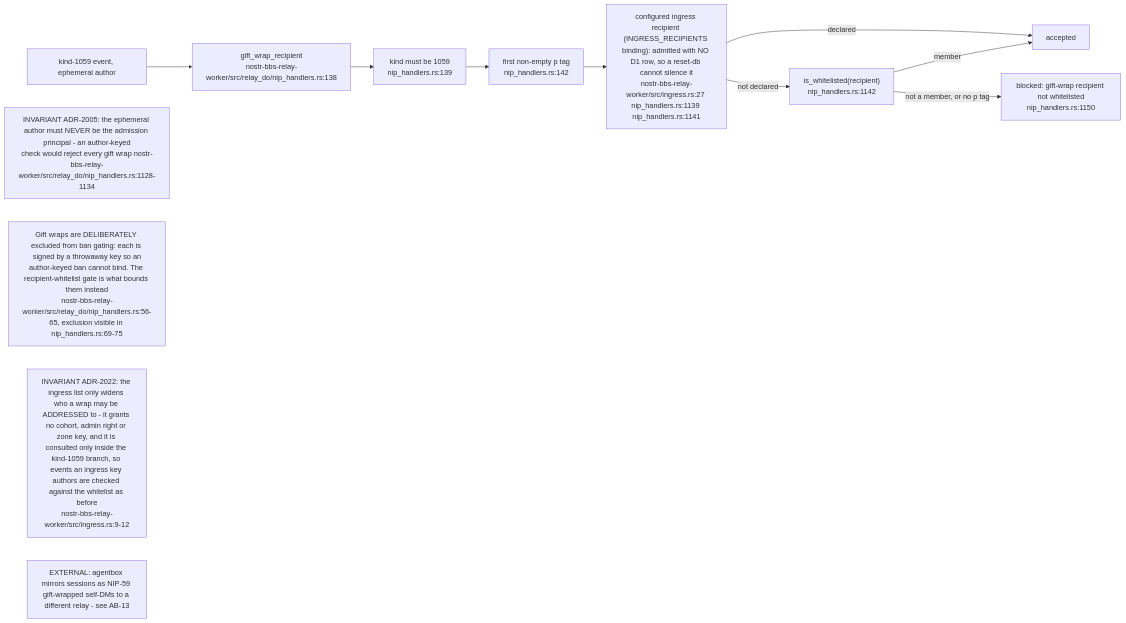
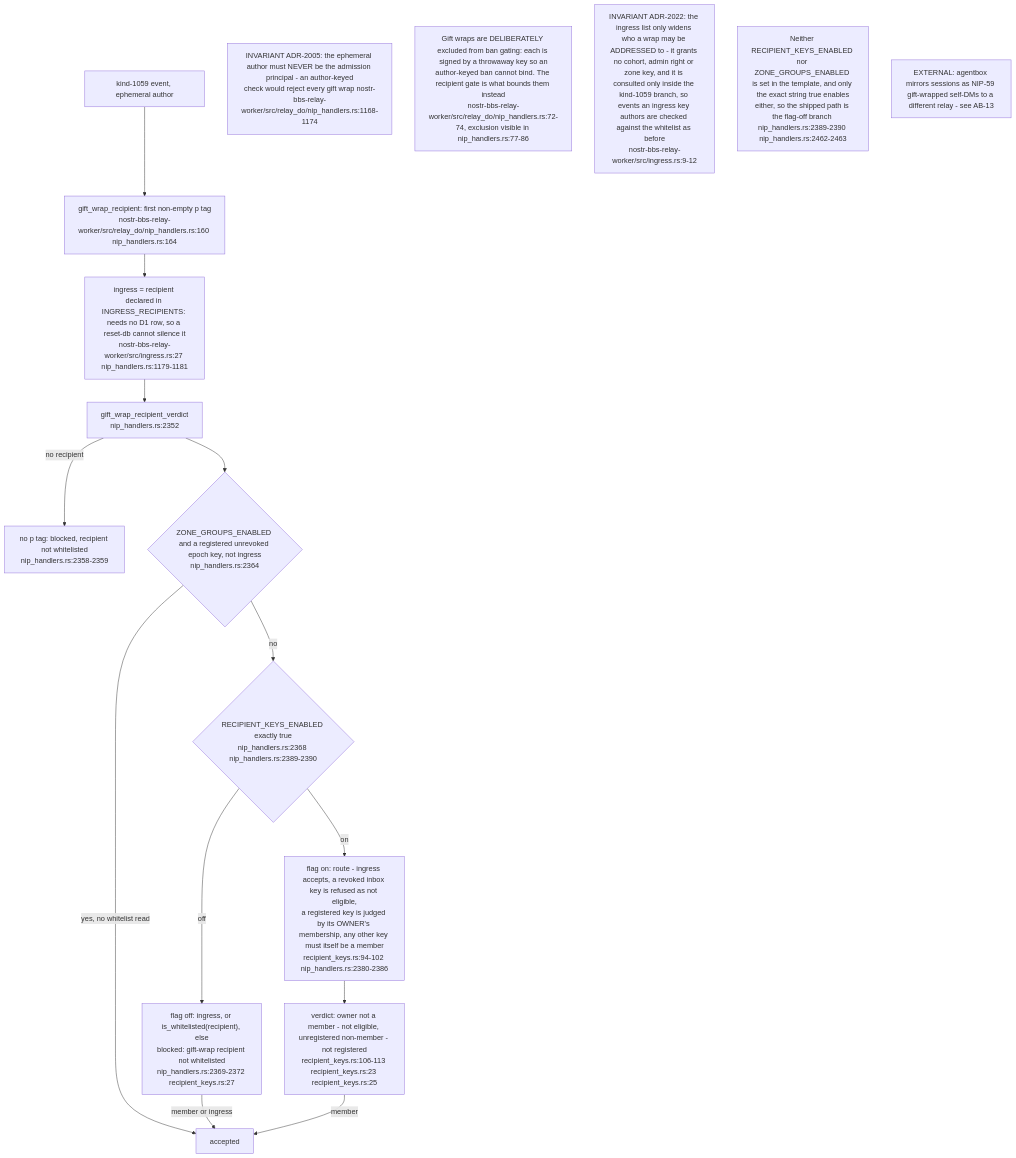
One commit to DreamLab-AI/VisionFlow changed the fifth of 16 diagrams in docs/diagrams/nostr-rust-forum/03-relay-worker-admission-auth-and-trust.md. Above: the diagram before and after it, drawn with Mermaid. The commit also changed other lines of this file, not shown here.

First line of the commit message:
docs(diagrams): re-verify NF-03 against nostr-rust-forum af4f0d5

````diff
--- a/docs/diagrams/nostr-rust-forum/03-relay-worker-admission-auth-and-trust.md
+++ b/docs/diagrams/nostr-rust-forum/03-relay-worker-admission-auth-and-trust.md
@@ -158,22 +168,30 @@
 ```mermaid
-flowchart LR
+flowchart TB
     EV["kind-1059 event, ephemeral author"]
-    EX["gift_wrap_recipient<br/>nostr-bbs-relay-worker/src/relay_do/nip_handlers.rs:138"]
-    K["kind must be 1059<br/>nip_handlers.rs:139"]
-    T["first non-empty p tag<br/>nip_handlers.rs:142"]
-    ING["configured ingress recipient (INGRESS_RECIPIENTS binding): admitted with NO D1 row, so a reset-db cannot silence it<br/>nostr-bbs-relay-worker/src/ingress.rs:27 nip_handlers.rs:1139 nip_handlers.rs:1141"]
-    WL["is_whitelisted(recipient)<br/>nip_handlers.rs:1142"]
+    EX["gift_wrap_recipient: first non-empty p tag<br/>nostr-bbs-relay-worker/src/relay_do/nip_handlers.rs:160 nip_handlers.rs:164"]
+    ING["ingress = recipient declared in INGRESS_RECIPIENTS: needs no D1 row, so a reset-db cannot silence it<br/>nostr-bbs-relay-worker/src/ingress.rs:27 nip_handlers.rs:1179-1181"]
+    V["gift_wrap_recipient_verdict<br/>nip_handlers.rs:2352"]
+    NOP["no p tag: blocked, recipient not whitelisted<br/>nip_handlers.rs:2358-2359"]
+    EPO{"ZONE_GROUPS_ENABLED and a registered unrevoked epoch key, not ingress<br/>nip_handlers.rs:2364"}
+    RK{"RECIPIENT_KEYS_ENABLED exactly true<br/>nip_handlers.rs:2368 nip_handlers.rs:2389-2390"}
+    OFF["flag off: ingress, or is_whitelisted(recipient), else<br/>blocked: gift-wrap recipient not whitelisted<br/>nip_handlers.rs:2369-2372 recipient_keys.rs:27"]
+    ROUTE["flag on: route - ingress accepts, a revoked inbox key is refused as not eligible,<br/>a registered key is judged by its OWNER's membership, any other key must itself be a member<br/>recipient_keys.rs:94-102 nip_handlers.rs:2380-2386"]
+    VER["verdict: owner not a member - not eligible, unregistered non-member - not registered<br/>recipient_keys.rs:106-113 recipient_keys.rs:23 recipient_keys.rs:25"]
     OK["accepted"]
-    NO["blocked: gift-wrap recipient not whitelisted<br/>nip_handlers.rs:1150"]
 
-    EV --> EX --> K --> T --> ING
-    ING -->|"declared"| OK
-    ING -->|"not declared"| WL
-    WL -->|"member"| OK
-    WL -->|"not a member, or no p tag"| NO
+    EV --> EX --> ING --> V
+    V -->|"no recipient"| NOP
+    V --> EPO
+    EPO -->|"yes, no whitelist read"| OK
+    EPO -->|"no"| RK
+    RK -->|"off"| OFF
+    RK -->|"on"| ROUTE --> VER
+    OFF -->|"member or ingress"| OK
+    VER -->|"member"| OK
 
-    N1["INVARIANT ADR-2005: the ephemeral author must NEVER be the admission principal - an author-keyed<br/>check would reject every gift wrap nostr-bbs-relay-worker/src/relay_do/nip_handlers.rs:1128-1134"]
-    N2["Gift wraps are DELIBERATELY excluded from ban gating: each is signed by a throwaway key so an<br/>author-keyed ban cannot bind. The recipient-whitelist gate is what bounds them instead<br/>nostr-bbs-relay-worker/src/relay_do/nip_handlers.rs:56-65, exclusion visible in nip_handlers.rs:69-75"]
+    N1["INVARIANT ADR-2005: the ephemeral author must NEVER be the admission principal - an author-keyed<br/>check would reject every gift wrap nostr-bbs-relay-worker/src/relay_do/nip_handlers.rs:1168-1174"]
+    N2["Gift wraps are DELIBERATELY excluded from ban gating: each is signed by a throwaway key so an<br/>author-keyed ban cannot bind. The recipient gate is what bounds them instead<br/>nostr-bbs-relay-worker/src/relay_do/nip_handlers.rs:72-74, exclusion visible in nip_handlers.rs:77-86"]
     N4["INVARIANT ADR-2022: the ingress list only widens who a wrap may be ADDRESSED to - it grants no cohort, admin right or zone key, and it is consulted only inside the kind-1059 branch, so events an ingress key authors are checked against the whitelist as before<br/>nostr-bbs-relay-worker/src/ingress.rs:9-12"]
+    N5["Neither RECIPIENT_KEYS_ENABLED nor ZONE_GROUPS_ENABLED is set in the template, and only the exact string true enables<br/>either, so the shipped path is the flag-off branch nip_handlers.rs:2389-2390 nip_handlers.rs:2462-2463"]
     N3["EXTERNAL: agentbox mirrors sessions as NIP-59 gift-wrapped self-DMs to a different relay - see AB-13"]
 ```
````
